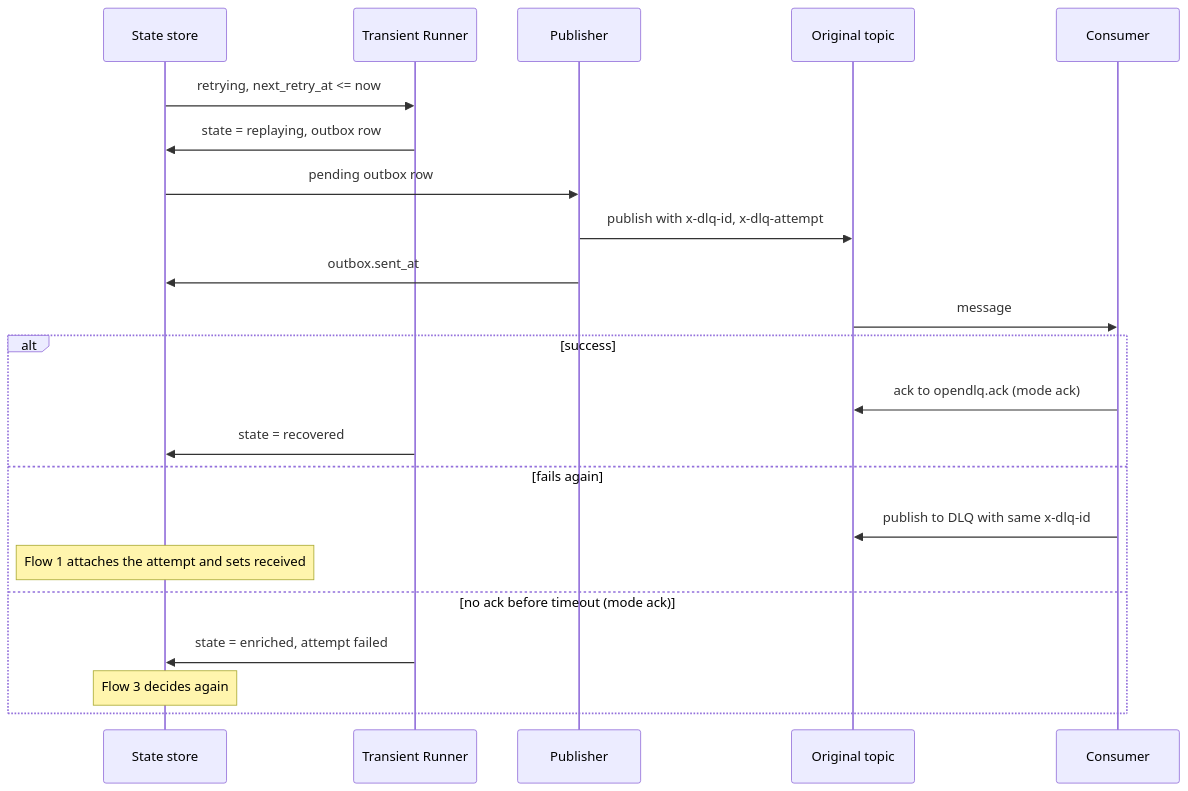
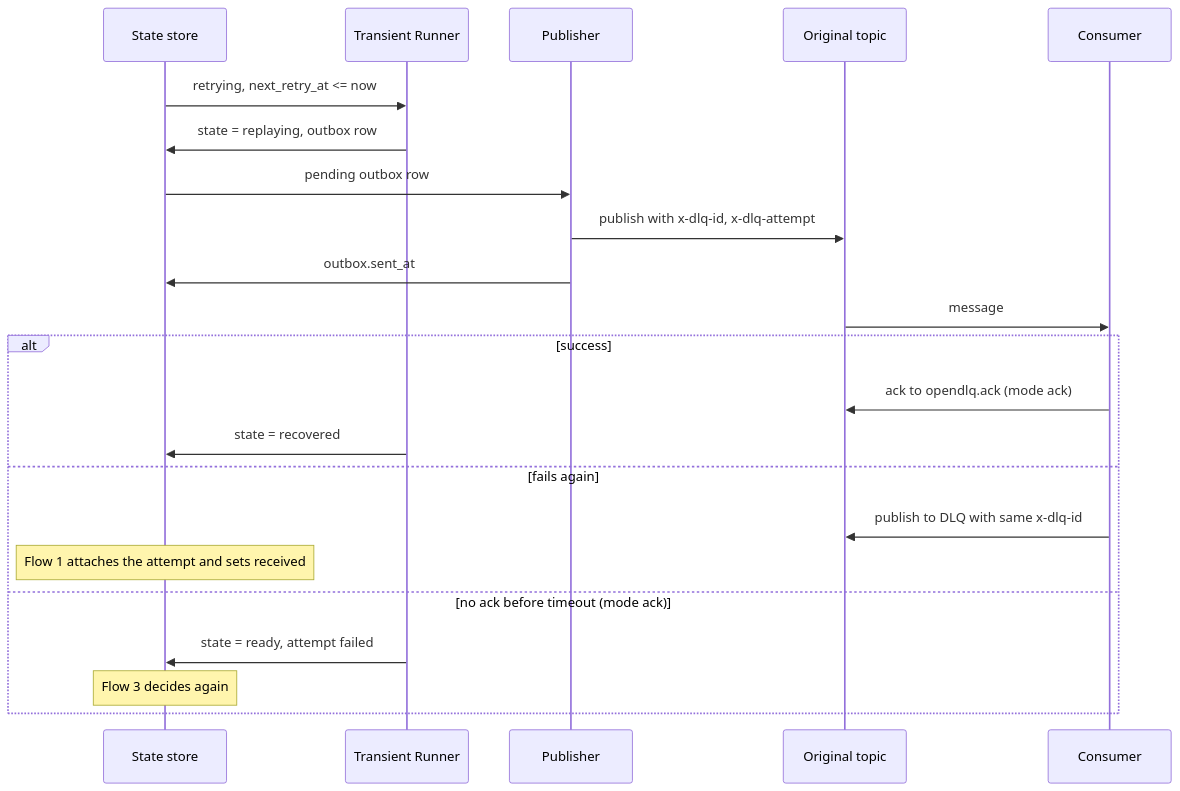
The fourth of 11 diagrams in docs/flows.md (opendlq/OpenDLQ), drawn with Mermaid before and after one commit. The commit also changed other lines of this file and 6 other files, not shown here.

First line of the commit message:
docs: rename the enriched state to ready

````diff
--- a/docs/flows.md
+++ b/docs/flows.md
@@ -93,24 +93,24 @@
 ```mermaid
 sequenceDiagram
     participant S as State store
     participant T as Transient Runner
     participant Pub as Publisher
     participant Q as Original topic
     participant App as Consumer
     S->>T: retrying, next_retry_at <= now
     T->>S: state = replaying, outbox row
     S->>Pub: pending outbox row
     Pub->>Q: publish with x-dlq-id, x-dlq-attempt
     Pub->>S: outbox.sent_at
     Q->>App: message
     alt success
         App->>Q: ack to opendlq.ack (mode ack)
         T->>S: state = recovered
     else fails again
         App->>Q: publish to DLQ with same x-dlq-id
         Note over S: Flow 1 attaches the attempt and sets received
     else no ack before timeout (mode ack)
-        T->>S: state = enriched, attempt failed
+        T->>S: state = ready, attempt failed
         Note over S: Flow 3 decides again
     end
 ```
````
